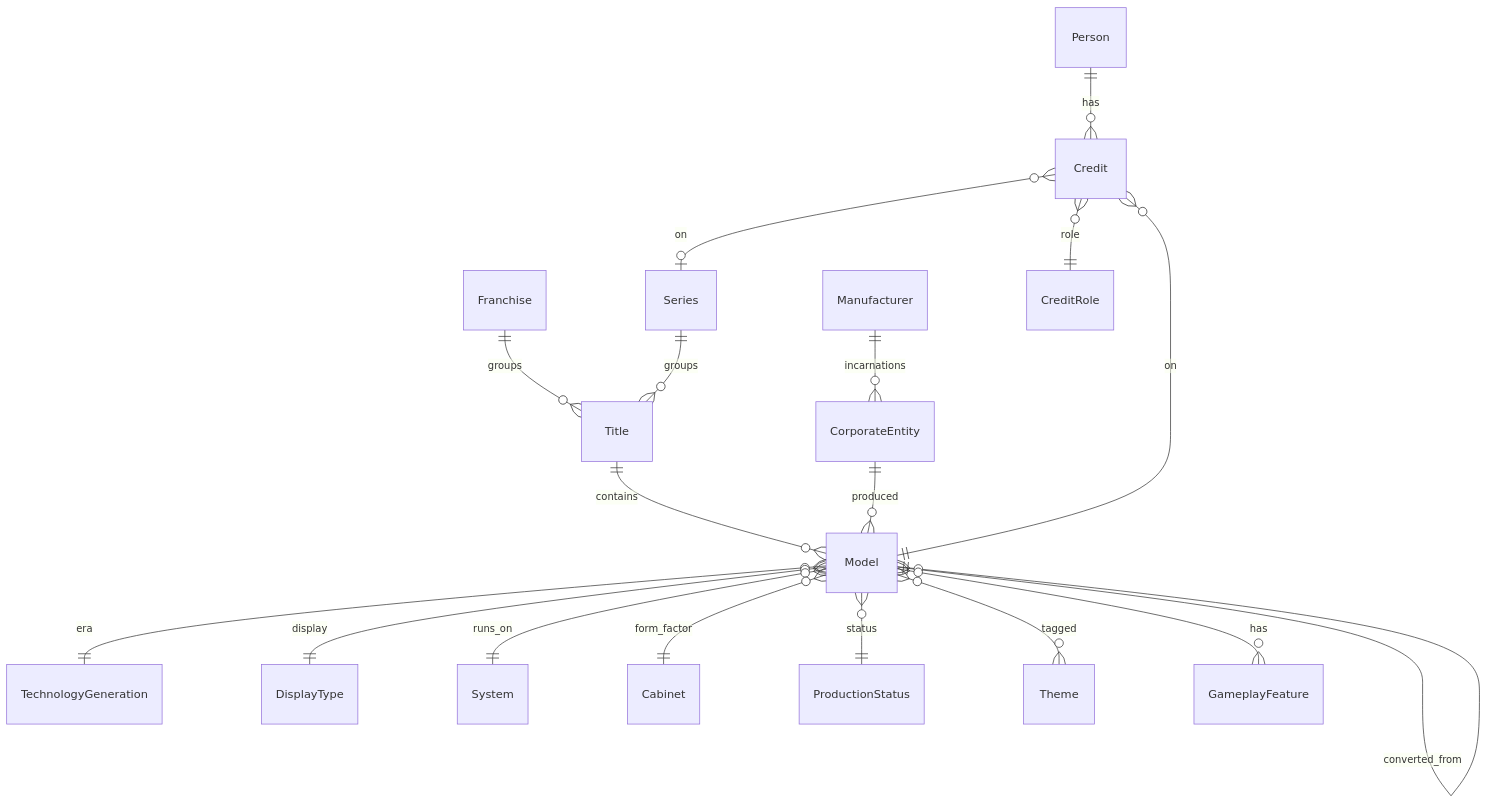
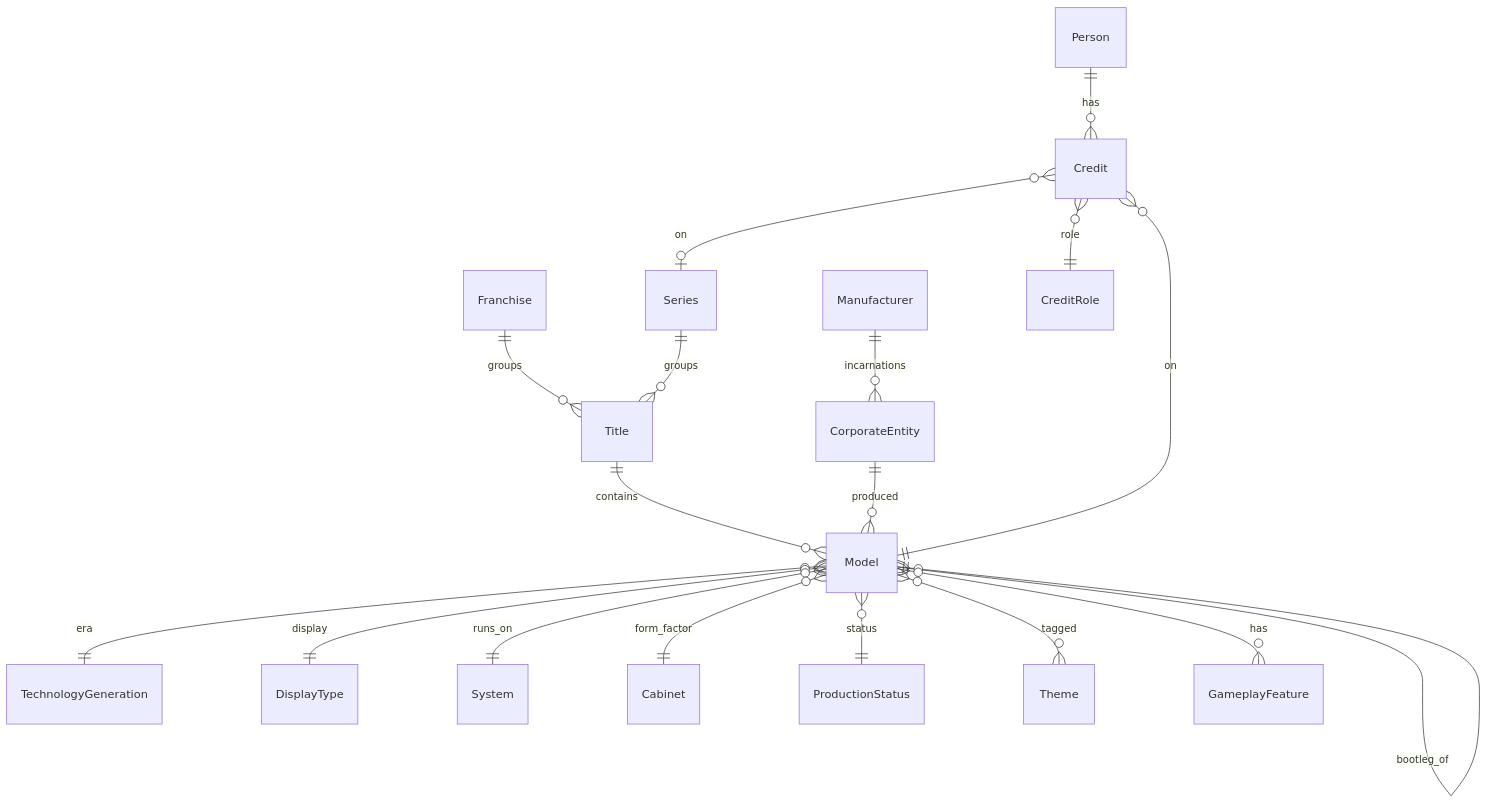
One commit to The-Flip/flipcommons changed the diagram in docs/DomainModel.md. Above: the diagram before and after it, drawn with Mermaid. The commit also changed other lines of this file and 21 other files, not shown here.

````diff
--- a/docs/DomainModel.md
+++ b/docs/DomainModel.md
@@ -5,26 +5,27 @@
 ```mermaid
 erDiagram
     Franchise ||--o{ Title : groups
     Series ||--o{ Title : groups
     Title ||--o{ Model : contains
 
     Model ||--o{ Model : variant_of
     Model ||--o{ Model : remake_of
     Model ||--o{ Model : converted_from
+    Model ||--o{ Model : bootleg_of
 
     Manufacturer ||--o{ CorporateEntity : incarnations
     CorporateEntity ||--o{ Model : produced
 
     Person ||--o{ Credit : has
     Credit }o--|| Model : "on"
     Credit }o--|| CreditRole : role
     Credit }o--o| Series : "on"
 
     Model }o--|| TechnologyGeneration : era
     Model }o--|| DisplayType : display
     Model }o--|| System : runs_on
     Model }o--|| Cabinet : form_factor
     Model }o--|| ProductionStatus : status
     Model }o--o{ Theme : tagged
     Model }o--o{ GameplayFeature : has
 ```
````
